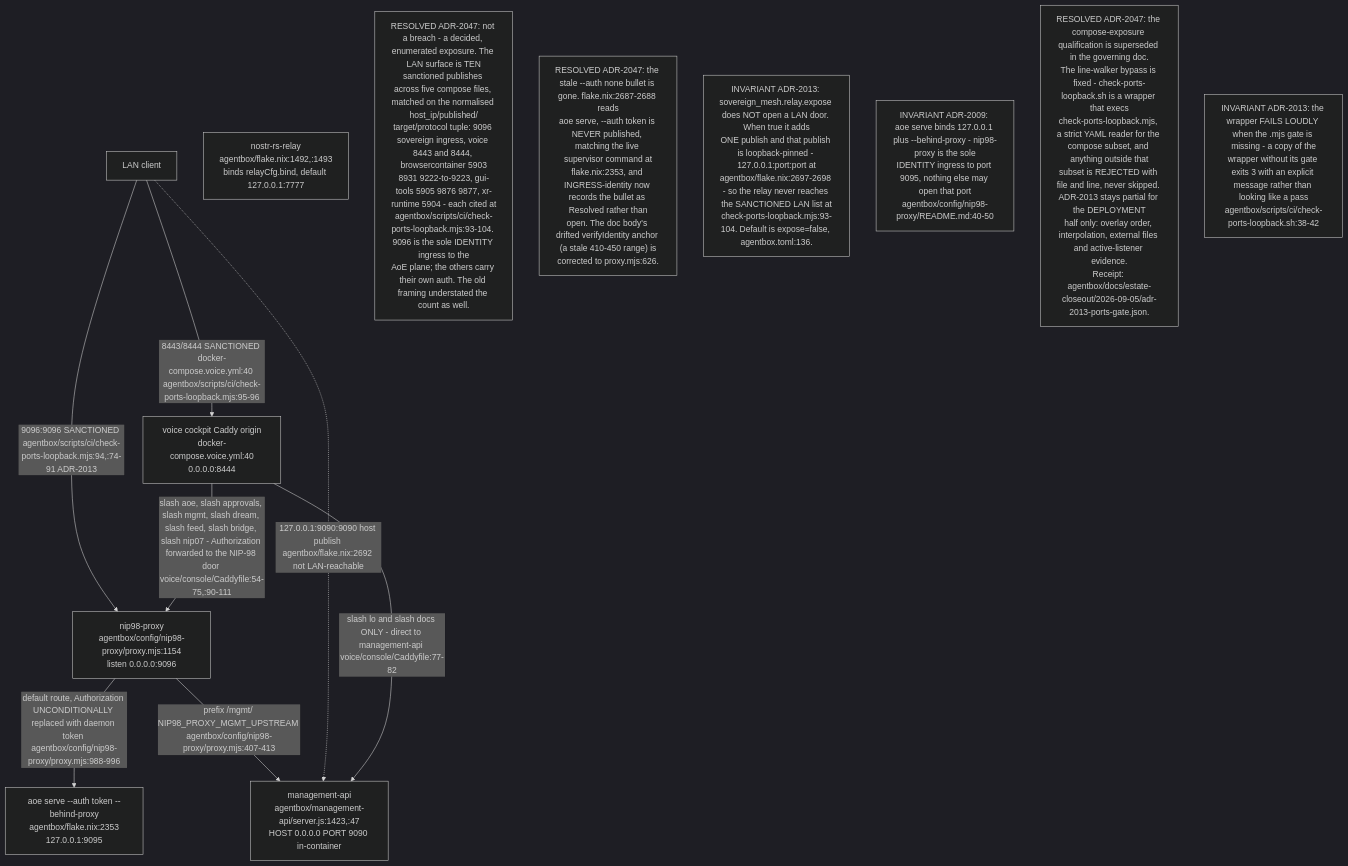
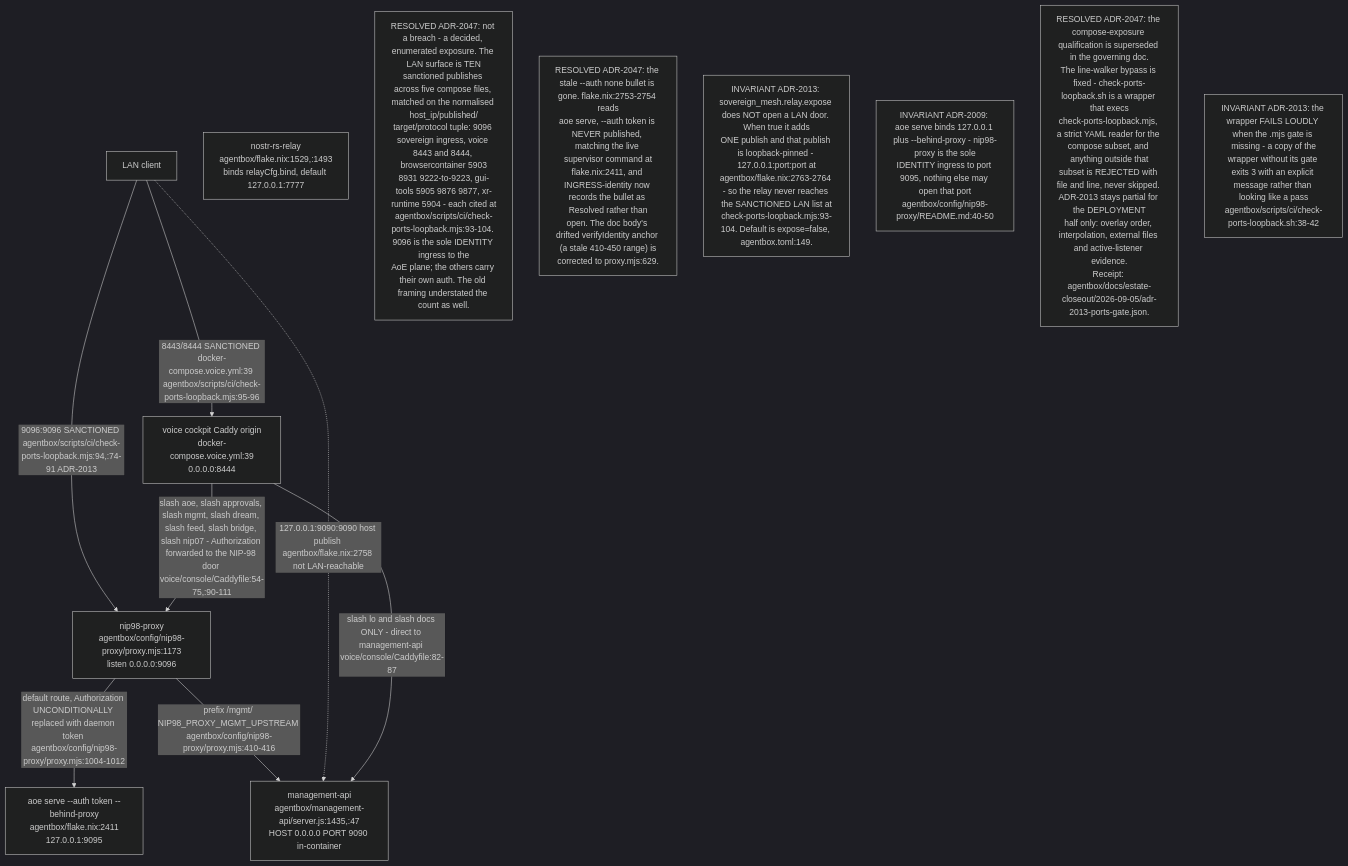
Before and after one commit to DreamLab-AI/VisionFlow: the first of 15 diagrams in docs/diagrams/agentbox/10-ingress-nip98-proxy-and-aoe.md, drawn with Mermaid (dark theme). The commit also changed other lines of this file and 28 other files, not shown here.

````diff
--- a/docs/diagrams/agentbox/10-ingress-nip98-proxy-and-aoe.md
+++ b/docs/diagrams/agentbox/10-ingress-nip98-proxy-and-aoe.md
@@ -37,24 +37,24 @@
 ```mermaid
 flowchart TB
     LAN["LAN client"]
-    P9096["nip98-proxy<br/>agentbox/config/nip98-proxy/proxy.mjs:1154<br/>listen 0.0.0.0:9096"]
-    AOE9095["aoe serve --auth token --behind-proxy<br/>agentbox/flake.nix:2353<br/>127.0.0.1:9095"]
-    MGMT9090["management-api<br/>agentbox/management-api/server.js:1423,:47<br/>HOST 0.0.0.0 PORT 9090 in-container"]
-    RELAY7777["nostr-rs-relay<br/>agentbox/flake.nix:1492,:1493<br/>binds relayCfg.bind, default 127.0.0.1:7777"]
-    VOICE8444["voice cockpit Caddy origin<br/>docker-compose.voice.yml:40<br/>0.0.0.0:8444"]
+    P9096["nip98-proxy<br/>agentbox/config/nip98-proxy/proxy.mjs:1173<br/>listen 0.0.0.0:9096"]
+    AOE9095["aoe serve --auth token --behind-proxy<br/>agentbox/flake.nix:2411<br/>127.0.0.1:9095"]
+    MGMT9090["management-api<br/>agentbox/management-api/server.js:1435,:47<br/>HOST 0.0.0.0 PORT 9090 in-container"]
+    RELAY7777["nostr-rs-relay<br/>agentbox/flake.nix:1529,:1493<br/>binds relayCfg.bind, default 127.0.0.1:7777"]
+    VOICE8444["voice cockpit Caddy origin<br/>docker-compose.voice.yml:39<br/>0.0.0.0:8444"]
 
     LAN -->|"9096:9096 SANCTIONED agentbox/scripts/ci/check-ports-loopback.mjs:94,:74-91 ADR-2013"| P9096
-    P9096 -->|"default route, Authorization UNCONDITIONALLY replaced with daemon token agentbox/config/nip98-proxy/proxy.mjs:988-996"| AOE9095
-    P9096 -->|"prefix /mgmt/ NIP98_PROXY_MGMT_UPSTREAM agentbox/config/nip98-proxy/proxy.mjs:407-413"| MGMT9090
-    LAN -.->|"127.0.0.1:9090:9090 host publish agentbox/flake.nix:2692 not LAN-reachable"| MGMT9090
-    LAN -->|"8443/8444 SANCTIONED docker-compose.voice.yml:40 agentbox/scripts/ci/check-ports-loopback.mjs:95-96"| VOICE8444
-    VOICE8444 -->|"slash lo and slash docs ONLY - direct to management-api voice/console/Caddyfile:77-82"| MGMT9090
+    P9096 -->|"default route, Authorization UNCONDITIONALLY replaced with daemon token agentbox/config/nip98-proxy/proxy.mjs:1004-1012"| AOE9095
+    P9096 -->|"prefix /mgmt/ NIP98_PROXY_MGMT_UPSTREAM agentbox/config/nip98-proxy/proxy.mjs:410-416"| MGMT9090
+    LAN -.->|"127.0.0.1:9090:9090 host publish agentbox/flake.nix:2758 not LAN-reachable"| MGMT9090
+    LAN -->|"8443/8444 SANCTIONED docker-compose.voice.yml:39 agentbox/scripts/ci/check-ports-loopback.mjs:95-96"| VOICE8444
+    VOICE8444 -->|"slash lo and slash docs ONLY - direct to management-api voice/console/Caddyfile:82-87"| MGMT9090
     VOICE8444 -->|"slash aoe, slash approvals, slash mgmt, slash dream, slash feed, slash bridge, slash nip07 - Authorization forwarded to the NIP-98 door voice/console/Caddyfile:54-75,:90-111"| P9096
 
 N1["RESOLVED ADR-2047: not a breach - a decided, enumerated exposure. The LAN surface is TEN<br/>sanctioned publishes across five compose files, matched on the normalised host_ip/published/<br/>target/protocol tuple: 9096 sovereign ingress, voice 8443 and 8444, browsercontainer 5903<br/>8931 9222-to-9223, gui-tools 5905 9876 9877, xr-runtime 5904 - each cited at<br/>agentbox/scripts/ci/check-ports-loopback.mjs:93-104. 9096 is the sole IDENTITY ingress to the<br/>AoE plane; the others carry their own auth. The old framing understated the count as well."]
-N2["RESOLVED ADR-2047: the stale --auth none bullet is gone. flake.nix:2687-2688 reads<br/>aoe serve, --auth token is NEVER published, matching the live supervisor command at<br/>flake.nix:2353, and INGRESS-identity now records the bullet as Resolved rather than<br/>open. The doc body's drifted verifyIdentity anchor (a stale 410-450 range) is<br/>corrected to proxy.mjs:626."]
-N6["INVARIANT ADR-2013: sovereign_mesh.relay.expose does NOT open a LAN door. When true it adds<br/>ONE publish and that publish is loopback-pinned - 127.0.0.1:port:port at<br/>agentbox/flake.nix:2697-2698 - so the relay never reaches the SANCTIONED LAN list at<br/>check-ports-loopback.mjs:93-104. Default is expose=false, agentbox.toml:136."]
+N2["RESOLVED ADR-2047: the stale --auth none bullet is gone. flake.nix:2753-2754 reads<br/>aoe serve, --auth token is NEVER published, matching the live supervisor command at<br/>flake.nix:2411, and INGRESS-identity now records the bullet as Resolved rather than<br/>open. The doc body's drifted verifyIdentity anchor (a stale 410-450 range) is<br/>corrected to proxy.mjs:629."]
+N6["INVARIANT ADR-2013: sovereign_mesh.relay.expose does NOT open a LAN door. When true it adds<br/>ONE publish and that publish is loopback-pinned - 127.0.0.1:port:port at<br/>agentbox/flake.nix:2763-2764 - so the relay never reaches the SANCTIONED LAN list at<br/>check-ports-loopback.mjs:93-104. Default is expose=false, agentbox.toml:149."]
 N3["INVARIANT ADR-2009: aoe serve binds 127.0.0.1 plus --behind-proxy - nip98-proxy is the sole<br/>IDENTITY ingress to port 9095, nothing else may open that port<br/>agentbox/config/nip98-proxy/README.md:40-50"]
 N4["RESOLVED ADR-2047: the compose-exposure qualification is superseded in the governing doc.<br/>The line-walker bypass is fixed - check-ports-loopback.sh is a wrapper that execs<br/>check-ports-loopback.mjs, a strict YAML reader for the compose subset, and anything outside that<br/>subset is REJECTED with file and line, never skipped. ADR-2013 stays partial for the DEPLOYMENT<br/>half only: overlay order, interpolation, external files and active-listener evidence.<br/>Receipt: agentbox/docs/estate-closeout/2026-09-05/adr-2013-ports-gate.json."]
 N5["INVARIANT ADR-2013: the wrapper FAILS LOUDLY when the .mjs gate is missing - a copy of the<br/>wrapper without its gate exits 3 with an explicit message rather than looking like a pass<br/>agentbox/scripts/ci/check-ports-loopback.sh:38-42"]
 ```
````
